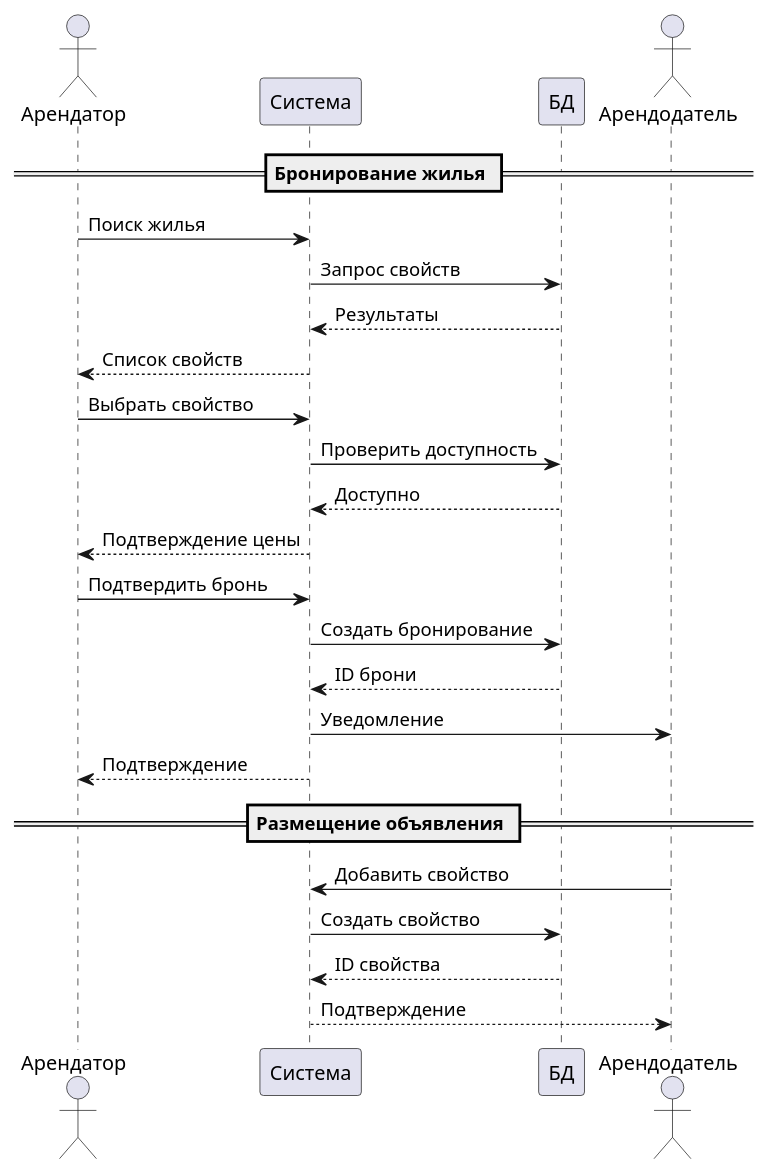
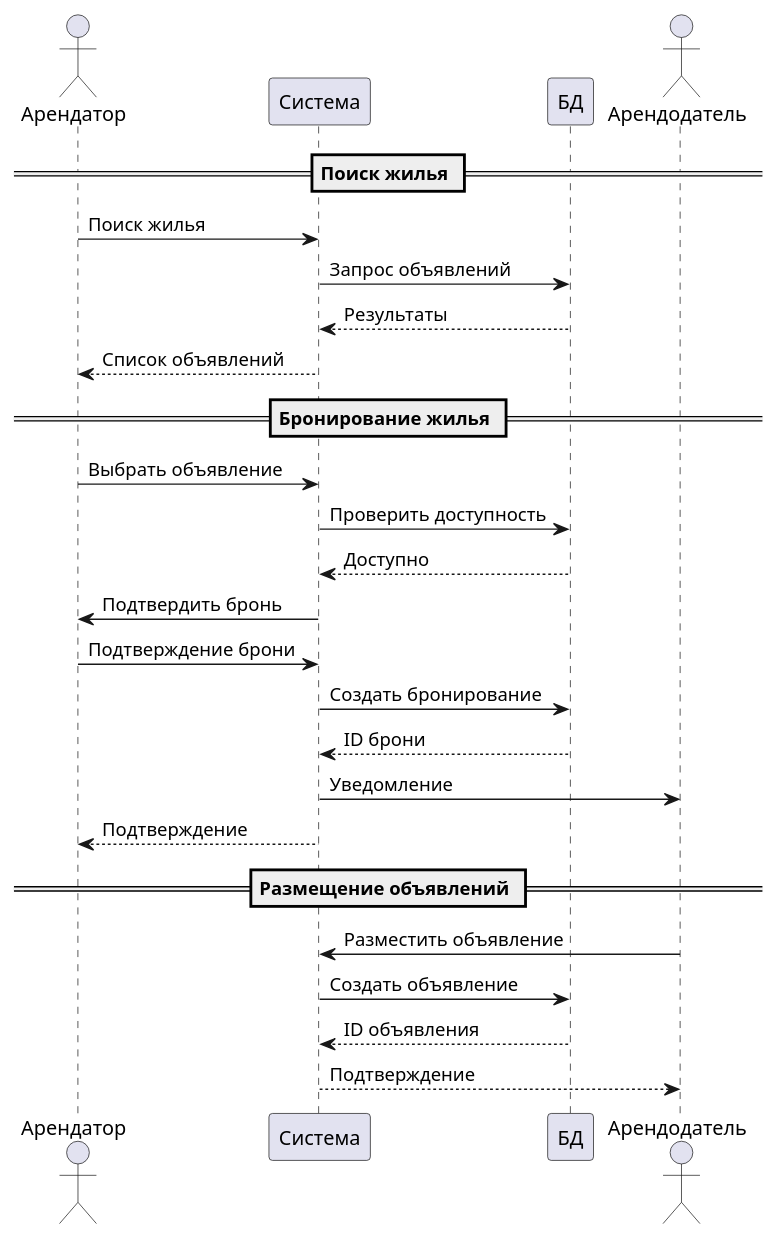
Before and after one commit to CaseBattle/231-20-tikhonenkov: the diagram in мдк 04 01 проект 05/Sequence Diagram.puml, drawn with PlantUML. The commit also changed 5 other files, not shown here.

```diff
--- a/мдк 04 01 проект 05/Sequence Diagram.puml
+++ b/мдк 04 01 проект 05/Sequence Diagram.puml
@@ -1,33 +1,35 @@
-@startuml База данных аренды жилья: Sequence Diagram
+@startuml
 
 actor Арендатор as Tenant
 participant "Система" as System
 participant "БД" as DB
 actor Арендодатель as Landlord
 
+== Поиск жилья ==
+
+Tenant -> System: Поиск жилья
+System -> DB: Запрос объявлений
+DB --> System: Результаты
+System --> Tenant: Список объявлений
+
 == Бронирование жилья ==
 
-Tenant -> System: Поиск жилья
-System -> DB: Запрос свойств
-DB --> System: Результаты
-System --> Tenant: Список свойств
-
-Tenant -> System: Выбрать свойство
+Tenant -> System: Выбрать объявление
 System -> DB: Проверить доступность
 DB --> System: Доступно
-System --> Tenant: Подтверждение цены
+System -> Tenant: Подтвердить бронь
 
-Tenant -> System: Подтвердить бронь
+Tenant -> System: Подтверждение брони
 System -> DB: Создать бронирование
 DB --> System: ID брони
 System -> Landlord: Уведомление
 System --> Tenant: Подтверждение
 
-== Размещение объявления ==
+== Размещение объявлений ==
 
-Landlord -> System: Добавить свойство
-System -> DB: Создать свойство
-DB --> System: ID свойства
+Landlord -> System: Разместить объявление
+System -> DB: Создать объявление
+DB --> System: ID объявления
 System --> Landlord: Подтверждение
 
 @enduml
```
